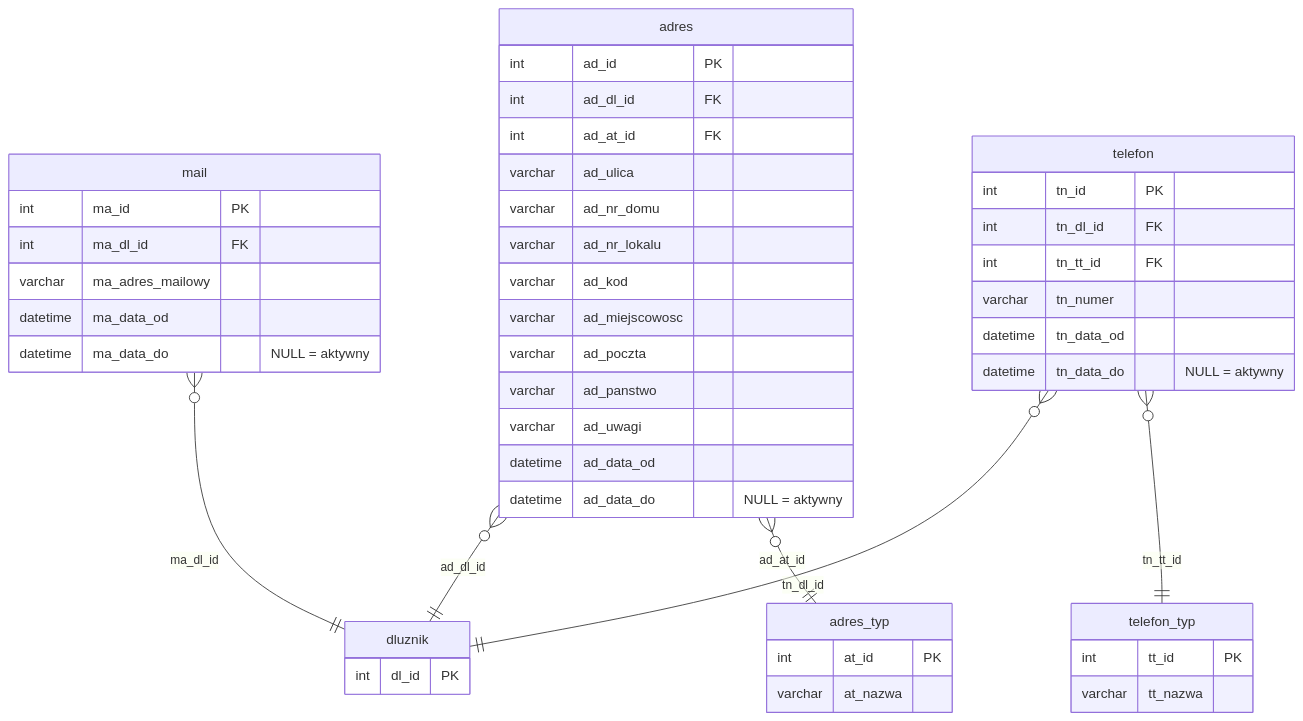
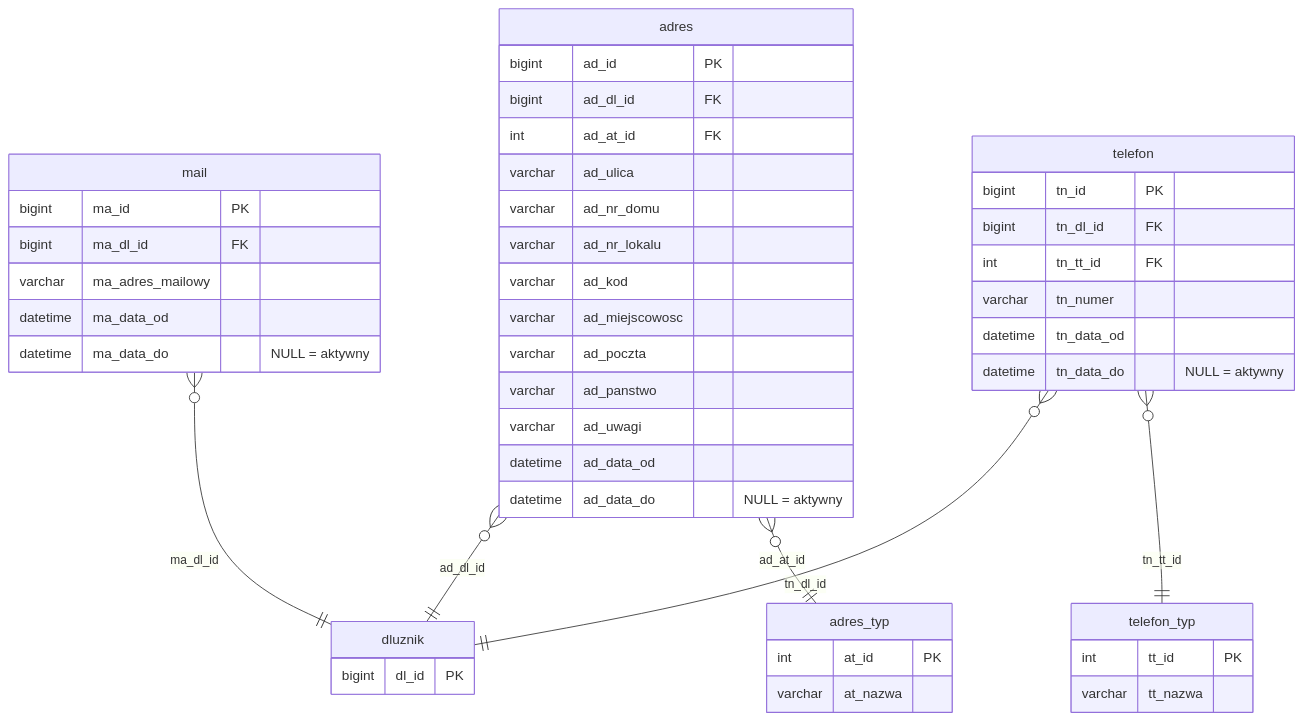
The diagram in docs/struktura-stagingu/kontakty.md (oskar-bialek-bakk/intrum-migration-docs), drawn with Mermaid before and after one commit. The commit also changed other lines of this file and 12 other files, not shown here.

````diff
--- a/docs/struktura-stagingu/kontakty.md
+++ b/docs/struktura-stagingu/kontakty.md
@@ -25,55 +25,55 @@
 ```mermaid
 erDiagram
     dluznik {
-        int     dl_id    PK
+        bigint  dl_id    PK
     }
 
     adres_typ {
         int     at_id    PK
         varchar at_nazwa
     }
 
     telefon_typ {
         int     tt_id    PK
         varchar tt_nazwa
     }
 
     adres {
-        int      ad_id          PK
-        int      ad_dl_id       FK
+        bigint   ad_id          PK
+        bigint   ad_dl_id       FK
         int      ad_at_id       FK
         varchar  ad_ulica
         varchar  ad_nr_domu
         varchar  ad_nr_lokalu
         varchar  ad_kod
         varchar  ad_miejscowosc
         varchar  ad_poczta
         varchar  ad_panstwo
         varchar  ad_uwagi
         datetime ad_data_od
         datetime ad_data_do            "NULL = aktywny"
     }
 
     mail {
-        int      ma_id            PK
-        int      ma_dl_id         FK
+        bigint   ma_id            PK
+        bigint   ma_dl_id         FK
         varchar  ma_adres_mailowy
         datetime ma_data_od
         datetime ma_data_do            "NULL = aktywny"
     }
 
     telefon {
-        int      tn_id    PK
-        int      tn_dl_id FK
+        bigint   tn_id    PK
+        bigint   tn_dl_id FK
         int      tn_tt_id FK
         varchar  tn_numer
         datetime tn_data_od
         datetime tn_data_do            "NULL = aktywny"
     }
 
     adres       }o--||  dluznik     : "ad_dl_id"
     adres       }o--||  adres_typ   : "ad_at_id"
     mail        }o--||  dluznik     : "ma_dl_id"
     telefon     }o--||  dluznik     : "tn_dl_id"
     telefon     }o--||  telefon_typ : "tn_tt_id"
 ```
````
